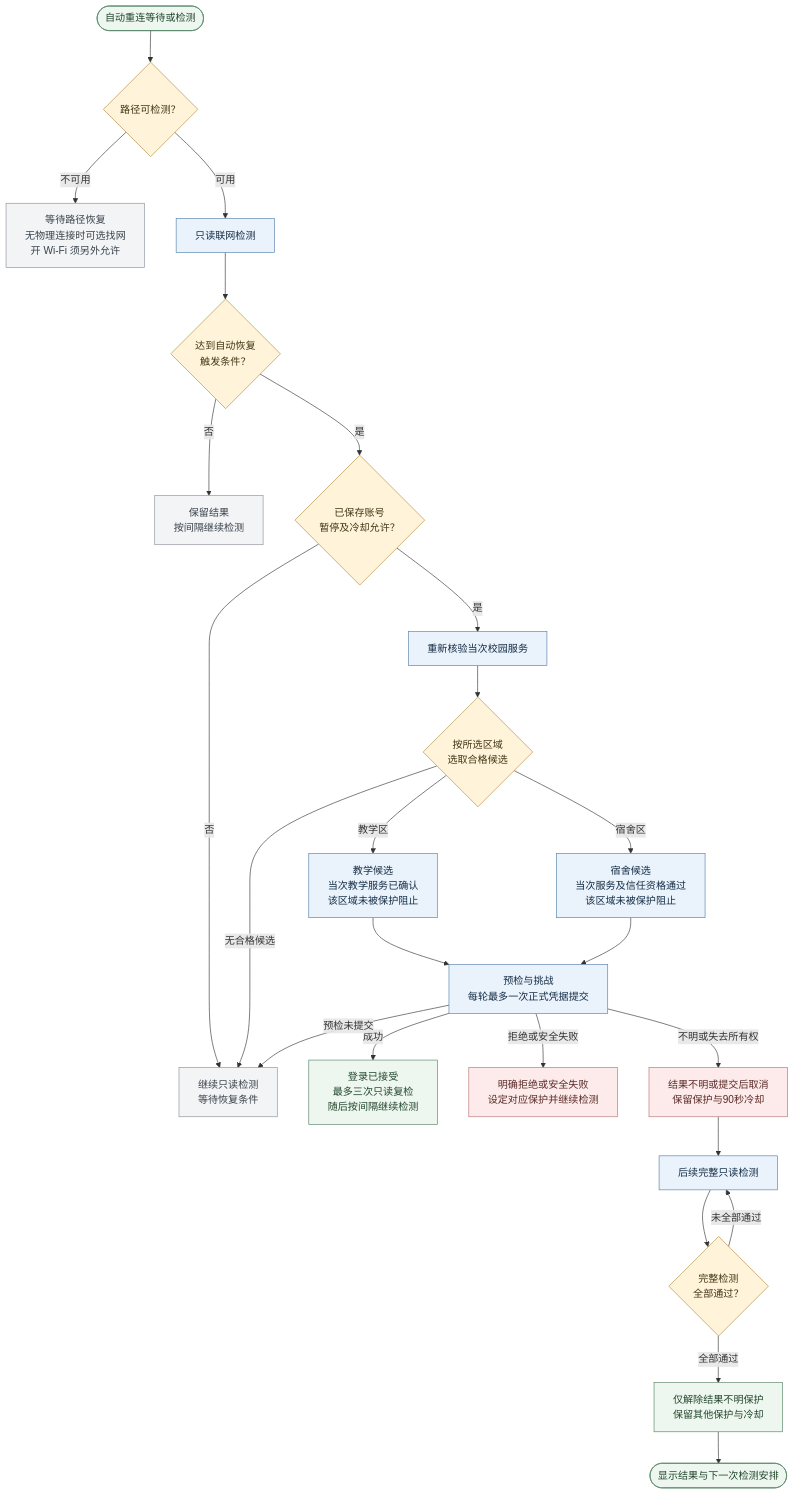
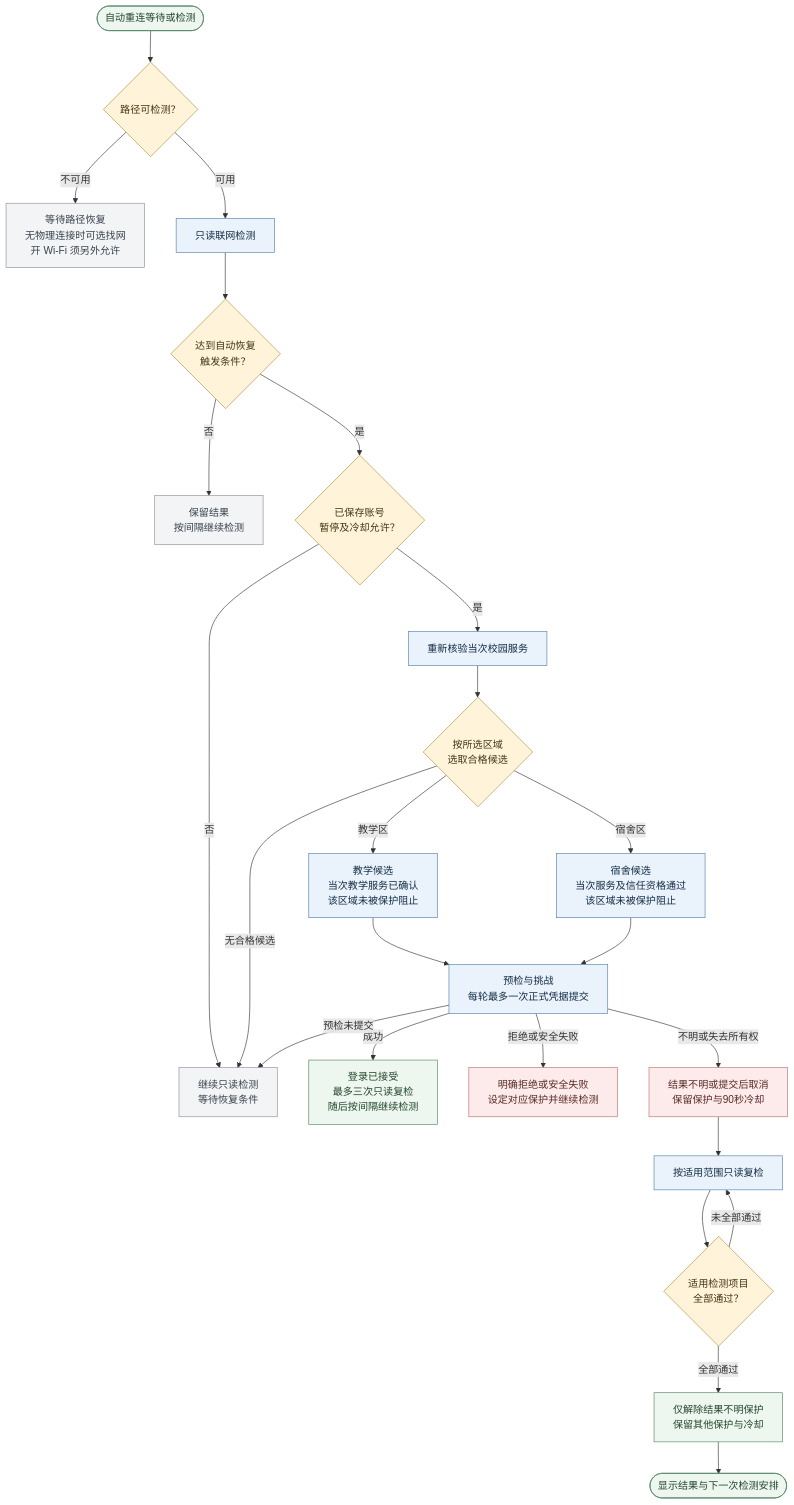
The second of 2 diagrams in docs/CONNECTION-FLOW.md (zhihebai/SZUConnect), drawn with Mermaid before and after one commit. The commit also changed other lines of this file and 4 other files, not shown here.

First line of the commit message:
同步引导、代理选项与恢复流程图说明

````diff
--- a/docs/CONNECTION-FLOW.md
+++ b/docs/CONNECTION-FLOW.md
@@ -61,56 +61,56 @@
 ```mermaid
 flowchart TB
     A(["自动重连等待或检测"])
     B{"路径可检测？"}
     C["等待路径恢复<br>无物理连接时可选找网<br>开 Wi-Fi 须另外允许"]
     D["只读联网检测"]
     E{"达到自动恢复<br>触发条件？"}
     F["保留结果<br>按间隔继续检测"]
     G{"已保存账号<br>暂停及冷却允许？"}
     H["继续只读检测<br>等待恢复条件"]
     I["重新核验当次校园服务"]
     J{"按所选区域<br>选取合格候选"}
     K["教学候选<br>当次教学服务已确认<br>该区域未被保护阻止"]
     L["宿舍候选<br>当次服务及信任资格通过<br>该区域未被保护阻止"]
     M["预检与挑战<br>每轮最多一次正式凭据提交"]
     N["登录已接受<br>最多三次只读复检<br>随后按间隔继续检测"]
     O["明确拒绝或安全失败<br>设定对应保护并继续检测"]
     P["结果不明或提交后取消<br>保留保护与90秒冷却"]
-    Q["后续完整只读检测"]
-    R{"完整检测<br>全部通过？"}
+    Q["按适用范围只读复检"]
+    R{"适用检测项目<br>全部通过？"}
     S["仅解除结果不明保护<br>保留其他保护与冷却"]
     T(["显示结果与下一次检测安排"])
     A --> B
     B -->|不可用| C
     B -->|可用| D
     D --> E
     E -->|否| F
     E -->|是| G
     G -->|否| H
     G -->|是| I
     I --> J
     J -->|教学区| K
     J -->|宿舍区| L
     J -->|无合格候选| H
     K --> M
     L --> M
     M -->|成功| N
     M -->|拒绝或安全失败| O
     M -->|不明或失去所有权| P
     M -->|预检未提交| H
     P --> Q
     Q --> R
     R -->|未全部通过| Q
     R -->|全部通过| S
     S --> T
     classDef step fill:#eaf2fc,stroke:#547fa9,color:#142d45
     classDef choice fill:#fff4da,stroke:#b08b3e,color:#433414
     classDef wait fill:#f3f4f6,stroke:#8a9199,color:#38424b
     classDef hold fill:#fcebea,stroke:#b77370,color:#592a27
     classDef endNode fill:#eef7ef,stroke:#548363,color:#22462d
     class A,N,S,T endNode
     class D,I,K,L,M,Q step
     class B,E,G,J,R choice
     class C,F,H wait
     class O,P hold
 ```
````
